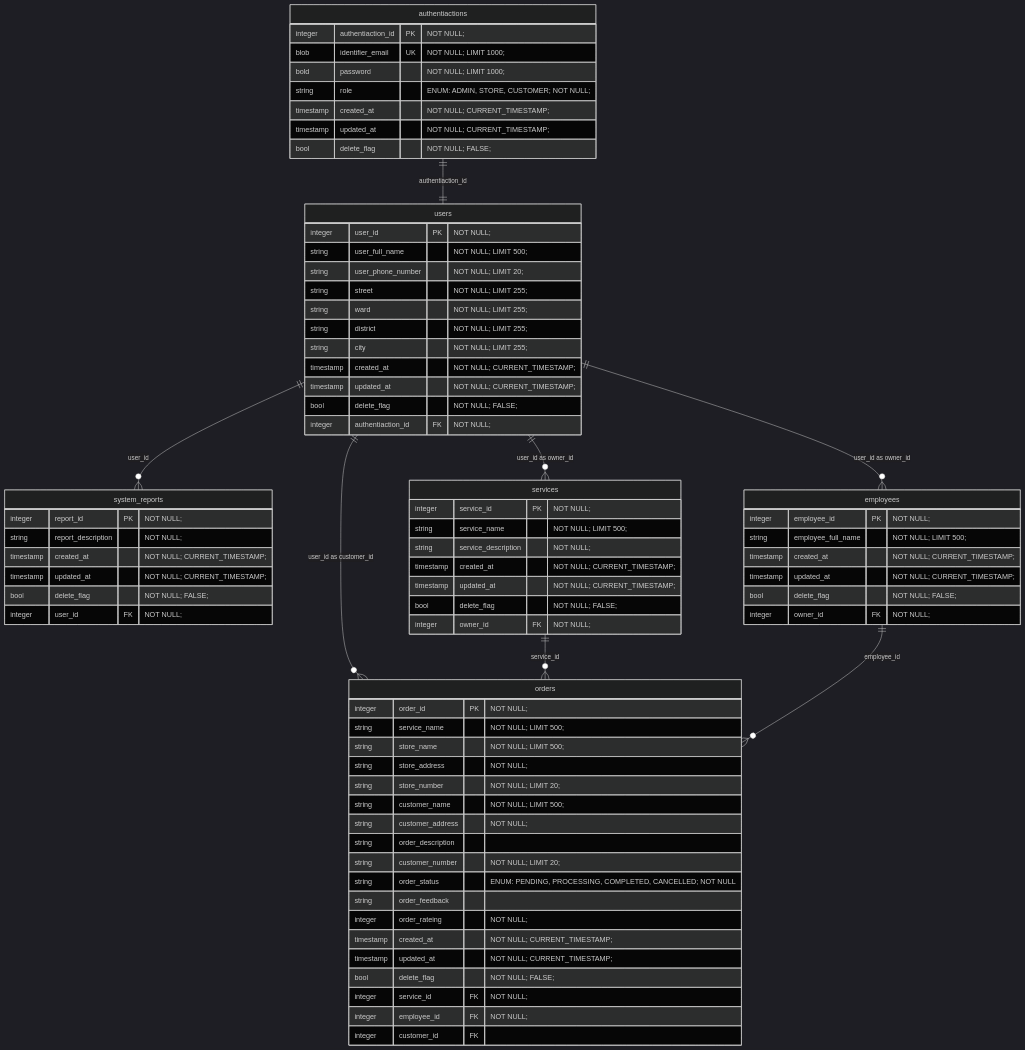
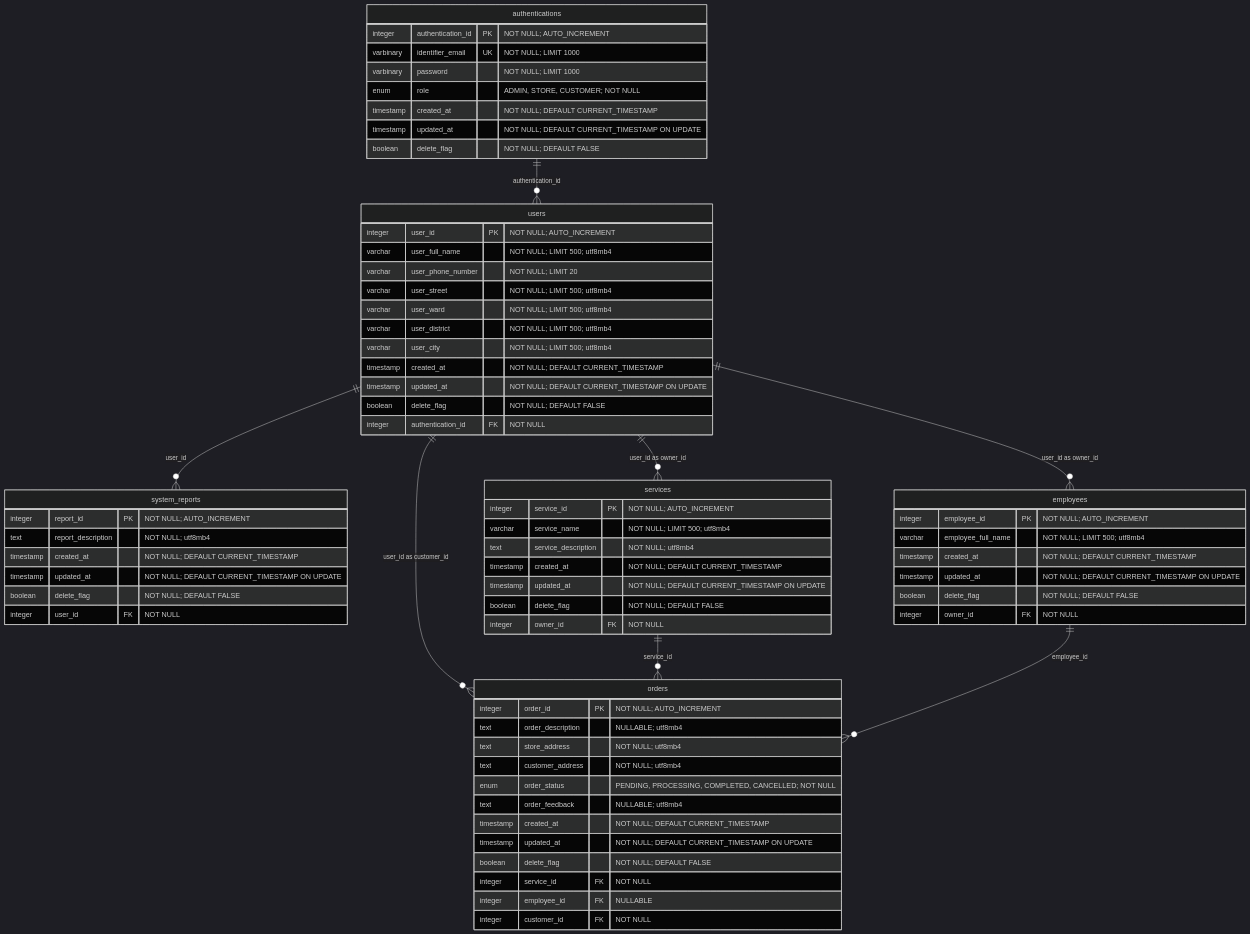
Before and after one commit to qthiendev/Repair-Dash-System-BE: the diagram in src/docs/Database-v1.md, drawn with Mermaid (dark theme). The commit also changed 17 other files, not shown here.

````diff
--- a/src/docs/Database-v1.md
+++ b/src/docs/Database-v1.md
@@ -5,6 +5,6 @@
 ```mermaid
 erDiagram
-    authentiactions ||--|| users : "authentiaction_id"
+    authentications ||--o{ users : "authentication_id"
     users ||--o{ system_reports : "user_id"
     users ||--o{ employees : "user_id as owner_id"
     users ||--o{ services : "user_id as owner_id"
@@ -12,76 +12,70 @@
     services ||--o{ orders : "service_id"
     employees ||--o{ orders : "employee_id"
 
-    authentiactions {
-        integer authentiaction_id PK "NOT NULL;"
-        blob identifier_email UK "NOT NULL; LIMIT 1000;"
-        bold password "NOT NULL; LIMIT 1000;"
-        string role "ENUM: ADMIN, STORE, CUSTOMER; NOT NULL;"
-        timestamp created_at "NOT NULL; CURRENT_TIMESTAMP;"
-        timestamp updated_at "NOT NULL; CURRENT_TIMESTAMP;"
-        bool delete_flag "NOT NULL; FALSE;"
+    authentications {
+        integer authentication_id PK "NOT NULL; AUTO_INCREMENT"
+        varbinary identifier_email UK "NOT NULL; LIMIT 1000"
+        varbinary password "NOT NULL; LIMIT 1000"
+        enum role "ADMIN, STORE, CUSTOMER; NOT NULL"
+        timestamp created_at "NOT NULL; DEFAULT CURRENT_TIMESTAMP"
+        timestamp updated_at "NOT NULL; DEFAULT CURRENT_TIMESTAMP ON UPDATE"
+        boolean delete_flag "NOT NULL; DEFAULT FALSE"
     }
 
     users {
-        integer user_id PK "NOT NULL;"
-        string user_full_name "NOT NULL; LIMIT 500;"
-        string user_phone_number "NOT NULL; LIMIT 20;"
-        string street "NOT NULL; LIMIT 255;"
-        string ward "NOT NULL; LIMIT 255;"
-        string district "NOT NULL; LIMIT 255;"
-        string city "NOT NULL; LIMIT 255;"
-        timestamp created_at "NOT NULL; CURRENT_TIMESTAMP;"
-        timestamp updated_at "NOT NULL; CURRENT_TIMESTAMP;"
-        bool delete_flag "NOT NULL; FALSE;"
-        integer authentiaction_id FK "NOT NULL;"
+        integer user_id PK "NOT NULL; AUTO_INCREMENT"
+        varchar user_full_name "NOT NULL; LIMIT 500; utf8mb4"
+        varchar user_phone_number "NOT NULL; LIMIT 20"
+        varchar user_street "NOT NULL; LIMIT 500; utf8mb4"
+        varchar user_ward "NOT NULL; LIMIT 500; utf8mb4"
+        varchar user_district "NOT NULL; LIMIT 500; utf8mb4"
+        varchar user_city "NOT NULL; LIMIT 500; utf8mb4"
+        timestamp created_at "NOT NULL; DEFAULT CURRENT_TIMESTAMP"
+        timestamp updated_at "NOT NULL; DEFAULT CURRENT_TIMESTAMP ON UPDATE"
+        boolean delete_flag "NOT NULL; DEFAULT FALSE"
+        integer authentication_id FK "NOT NULL"
     }
 
     system_reports {
-        integer report_id PK "NOT NULL;"
-        string report_description "NOT NULL;"
-        timestamp created_at "NOT NULL; CURRENT_TIMESTAMP;"
-        timestamp updated_at "NOT NULL; CURRENT_TIMESTAMP;"
-        bool delete_flag "NOT NULL; FALSE;"
-        integer user_id FK "NOT NULL;"
+        integer report_id PK "NOT NULL; AUTO_INCREMENT"
+        text report_description "NOT NULL; utf8mb4"
+        timestamp created_at "NOT NULL; DEFAULT CURRENT_TIMESTAMP"
+        timestamp updated_at "NOT NULL; DEFAULT CURRENT_TIMESTAMP ON UPDATE"
+        boolean delete_flag "NOT NULL; DEFAULT FALSE"
+        integer user_id FK "NOT NULL"
     }
 
     employees {
-        integer employee_id PK "NOT NULL;"
-        string employee_full_name "NOT NULL; LIMIT 500;"
-        timestamp created_at "NOT NULL; CURRENT_TIMESTAMP;"
-        timestamp updated_at "NOT NULL; CURRENT_TIMESTAMP;"
-        bool delete_flag "NOT NULL; FALSE;"
-        integer owner_id FK "NOT NULL;"
+        integer employee_id PK "NOT NULL; AUTO_INCREMENT"
+        varchar employee_full_name "NOT NULL; LIMIT 500; utf8mb4"
+        timestamp created_at "NOT NULL; DEFAULT CURRENT_TIMESTAMP"
+        timestamp updated_at "NOT NULL; DEFAULT CURRENT_TIMESTAMP ON UPDATE"
+        boolean delete_flag "NOT NULL; DEFAULT FALSE"
+        integer owner_id FK "NOT NULL"
     }
 
     services {
-        integer service_id PK "NOT NULL;"
-        string service_name "NOT NULL; LIMIT 500;"
-        string service_description "NOT NULL;"
-        timestamp created_at "NOT NULL; CURRENT_TIMESTAMP;"
-        timestamp updated_at "NOT NULL; CURRENT_TIMESTAMP;"
-        bool delete_flag "NOT NULL; FALSE;"
-        integer owner_id FK "NOT NULL;"
+        integer service_id PK "NOT NULL; AUTO_INCREMENT"
+        varchar service_name "NOT NULL; LIMIT 500; utf8mb4"
+        text service_description "NOT NULL; utf8mb4"
+        timestamp created_at "NOT NULL; DEFAULT CURRENT_TIMESTAMP"
+        timestamp updated_at "NOT NULL; DEFAULT CURRENT_TIMESTAMP ON UPDATE"
+        boolean delete_flag "NOT NULL; DEFAULT FALSE"
+        integer owner_id FK "NOT NULL"
     }
 
     orders {
-        integer order_id PK "NOT NULL;"
-        string service_name "NOT NULL; LIMIT 500;"
-        string store_name "NOT NULL; LIMIT 500;"
-        string store_address "NOT NULL;"
-        string store_number "NOT NULL; LIMIT 20;"
-        string customer_name "NOT NULL; LIMIT 500;"
-        string customer_address "NOT NULL;"
-        string order_description 
-        string customer_number "NOT NULL; LIMIT 20;"
-        string order_status "ENUM: PENDING, PROCESSING, COMPLETED, CANCELLED; NOT NULL"
-        string order_feedback
-        integer order_rateing "NOT NULL;"
-        timestamp created_at "NOT NULL; CURRENT_TIMESTAMP;"
-        timestamp updated_at "NOT NULL; CURRENT_TIMESTAMP;"
-        bool delete_flag "NOT NULL; FALSE;"
-        integer service_id FK "NOT NULL;"
-        integer employee_id FK "NOT NULL;"
-        integer customer_id FK
+        integer order_id PK "NOT NULL; AUTO_INCREMENT"
+        text order_description "NULLABLE; utf8mb4"
+        text store_address "NOT NULL; utf8mb4"
+        text customer_address "NOT NULL; utf8mb4"
+        enum order_status "PENDING, PROCESSING, COMPLETED, CANCELLED; NOT NULL"
+        text order_feedback "NULLABLE; utf8mb4"
+        timestamp created_at "NOT NULL; DEFAULT CURRENT_TIMESTAMP"
+        timestamp updated_at "NOT NULL; DEFAULT CURRENT_TIMESTAMP ON UPDATE"
+        boolean delete_flag "NOT NULL; DEFAULT FALSE"
+        integer service_id FK "NOT NULL"
+        integer employee_id FK "NULLABLE"
+        integer customer_id FK "NOT NULL"
     }
 ```
````
